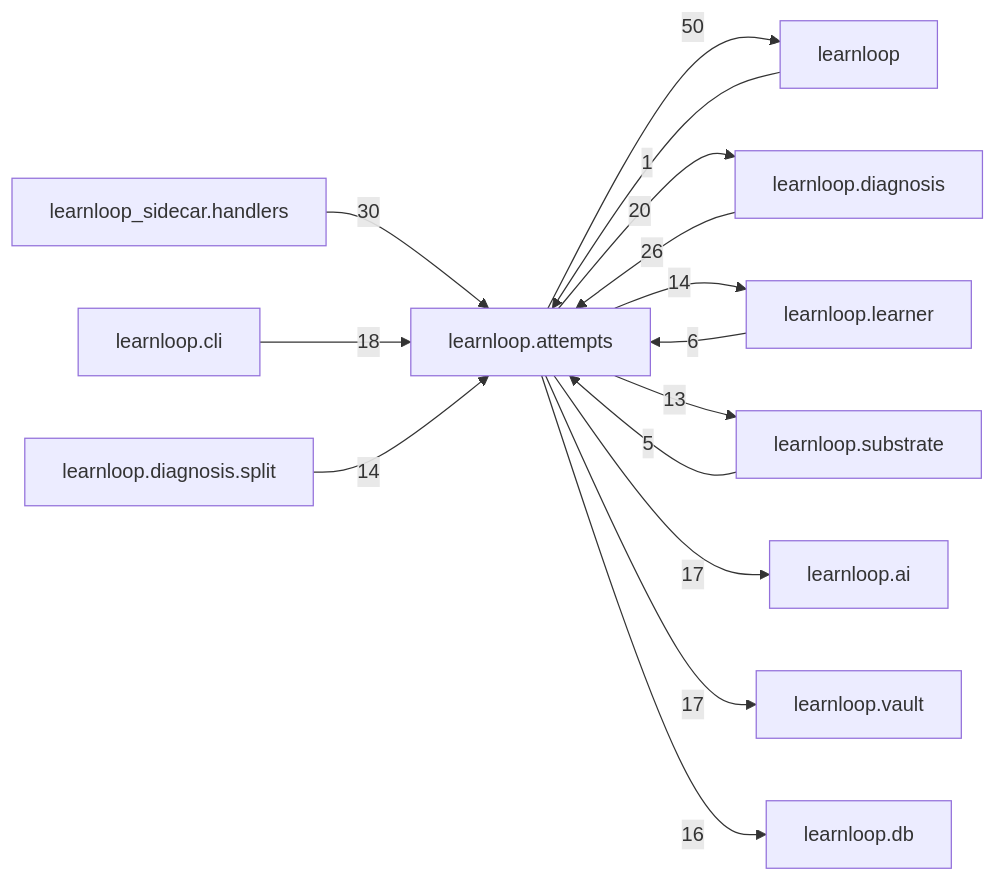
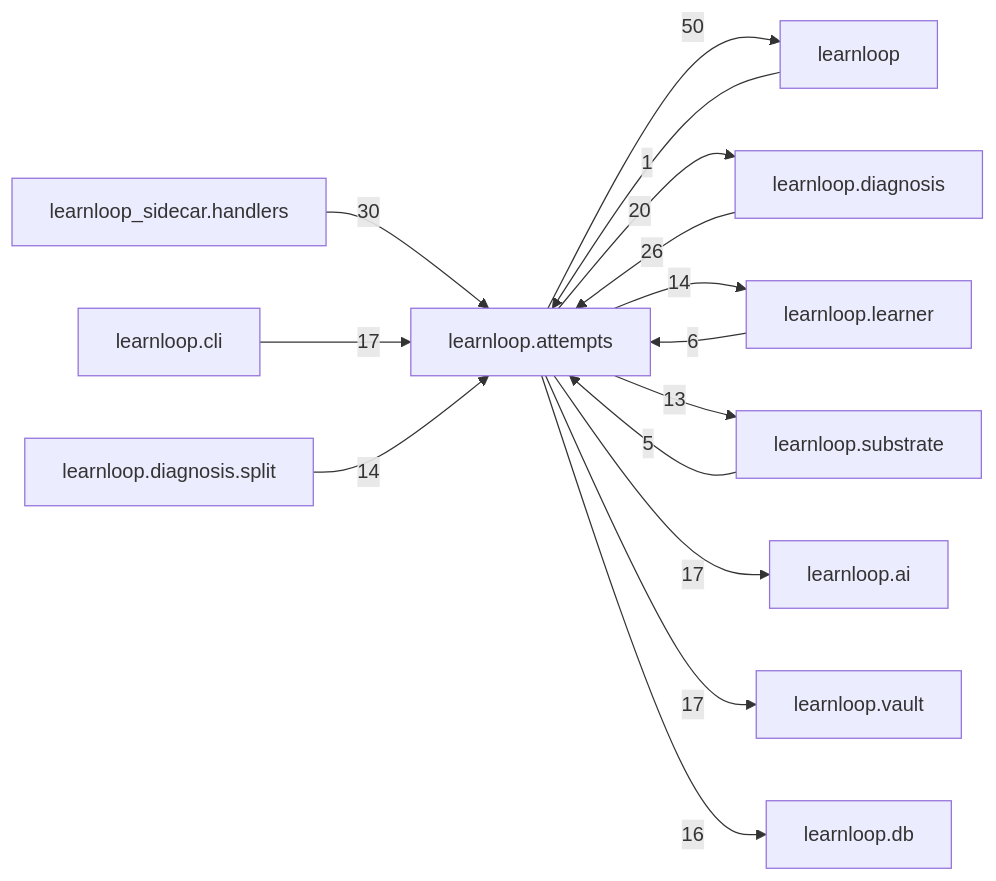
The diagram in docs/learnloop-architecture-vault/Reference/Modules/learnloop/attempts/_package.md (6up-b/learnanything), drawn with Mermaid before and after one commit. The commit also changed other lines of this file and 61 other files, not shown here.

````diff
--- a/docs/learnloop-architecture-vault/Reference/Modules/learnloop/attempts/_package.md
+++ b/docs/learnloop-architecture-vault/Reference/Modules/learnloop/attempts/_package.md
@@ -169,28 +170,28 @@
 ```mermaid
 flowchart LR
     center["learnloop.attempts"]
     n_learnloop["learnloop"]
     n_learnloop_diagnosis["learnloop.diagnosis"]
     n_learnloop_sidecar_handlers["learnloop_sidecar.handlers"]
     n_learnloop_learner["learnloop.learner"]
-    n_learnloop_cli["learnloop.cli"]
     n_learnloop_substrate["learnloop.substrate"]
     n_learnloop_ai["learnloop.ai"]
+    n_learnloop_cli["learnloop.cli"]
     n_learnloop_vault["learnloop.vault"]
     n_learnloop_db["learnloop.db"]
     n_learnloop_diagnosis_split["learnloop.diagnosis.split"]
     n_learnloop -->|1| center
     center -->|50| n_learnloop
     n_learnloop_diagnosis -->|26| center
     center -->|20| n_learnloop_diagnosis
     n_learnloop_sidecar_handlers -->|30| center
     n_learnloop_learner -->|6| center
     center -->|14| n_learnloop_learner
-    n_learnloop_cli -->|18| center
     n_learnloop_substrate -->|5| center
     center -->|13| n_learnloop_substrate
     center -->|17| n_learnloop_ai
+    n_learnloop_cli -->|17| center
     center -->|17| n_learnloop_vault
     center -->|16| n_learnloop_db
     n_learnloop_diagnosis_split -->|14| center
 ```
````
